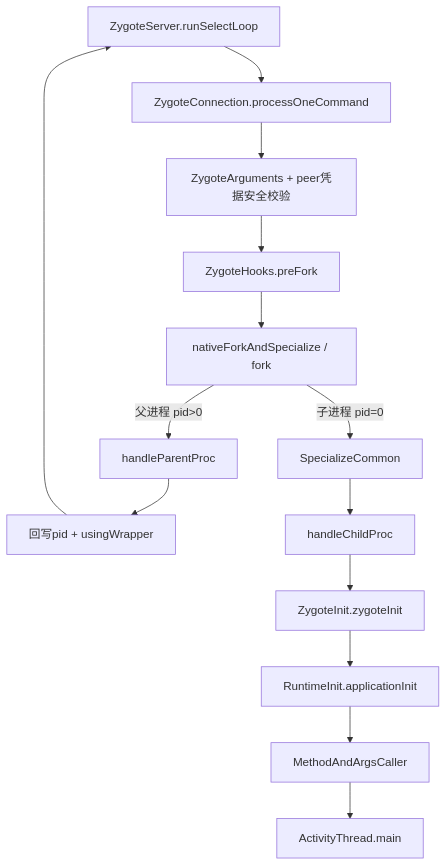
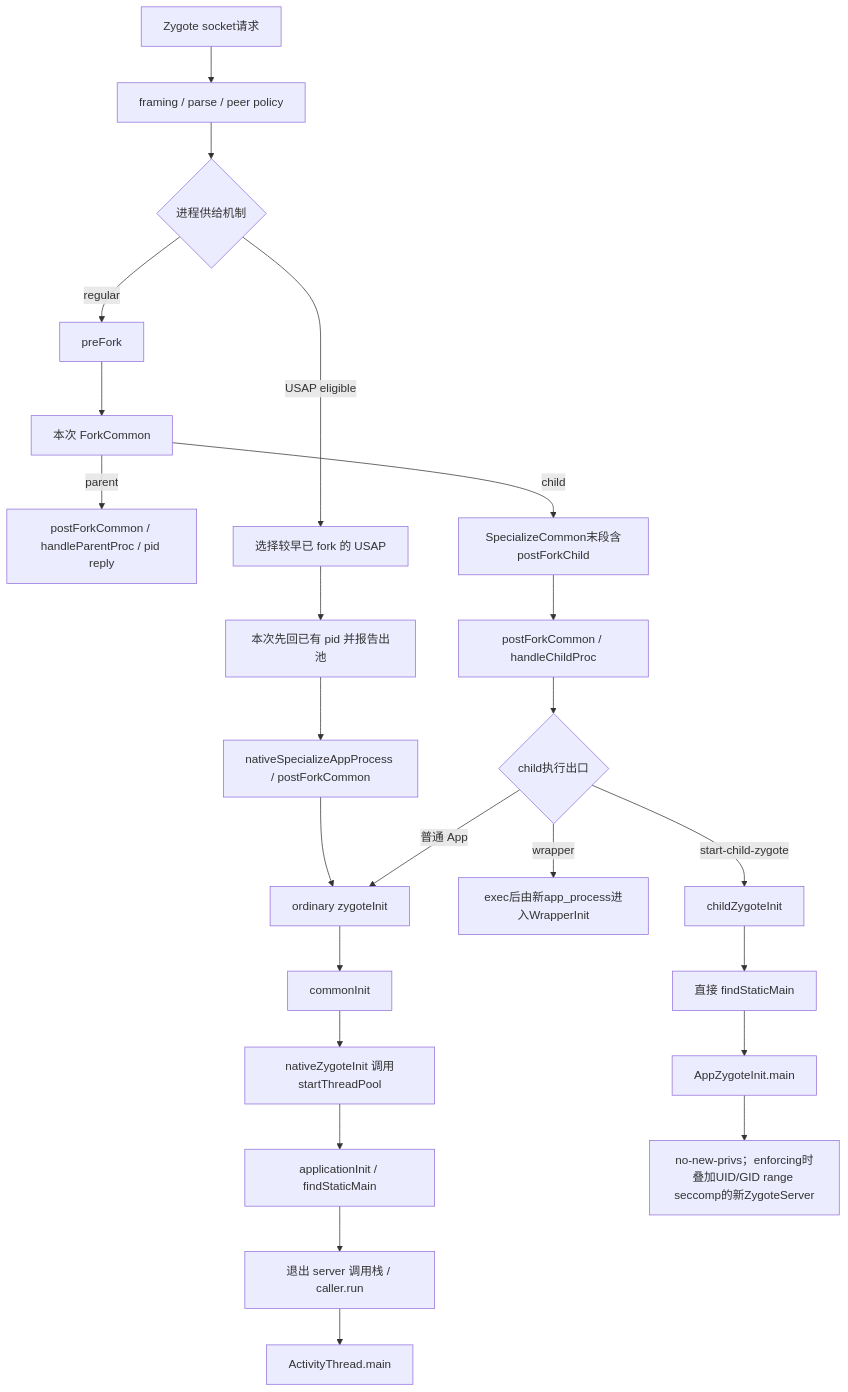
One commit to junyingzhao001/StudyNotes changed the diagram in Android源码学习/207-AndroidZygote命令解析forkspecialize与RuntimeInit入口.md. Above: the diagram before and after it, drawn with Mermaid. The commit also changed other lines of this file and 116 other files, not shown here.

````diff
--- a/Android源码学习/207-AndroidZygote命令解析forkspecialize与RuntimeInit入口.md
+++ b/Android源码学习/207-AndroidZygote命令解析forkspecialize与RuntimeInit入口.md
@@ -34,16 +119,26 @@
 ```mermaid
 flowchart TD
-  A["ZygoteServer.runSelectLoop"] --> B["ZygoteConnection.processOneCommand"]
-  B --> C["ZygoteArguments + peer凭据安全校验"]
-  C --> D["ZygoteHooks.preFork"]
-  D --> E["nativeForkAndSpecialize / fork"]
-  E -->|"父进程 pid>0"| F["handleParentProc"]
-  F --> G["回写pid + usingWrapper"]
-  G --> A
-  E -->|"子进程 pid=0"| H["SpecializeCommon"]
-  H --> I["handleChildProc"]
-  I --> J["ZygoteInit.zygoteInit"]
-  J --> K["RuntimeInit.applicationInit"]
-  K --> L["MethodAndArgsCaller"]
-  L --> M["ActivityThread.main"]
+    A[Zygote socket请求] --> B[framing / parse / peer policy]
+    B --> C{进程供给机制}
+    C -->|regular| D[preFork]
+    D --> E[本次 ForkCommon]
+    E -->|parent| F[postForkCommon / handleParentProc / pid reply]
+    E -->|child| G[SpecializeCommon末段含postForkChild]
+    G --> H[postForkCommon / handleChildProc]
+    C -->|USAP eligible| I[选择较早已 fork 的 USAP]
+    I --> J[本次先回已有 pid 并报告出池]
+    J --> K[nativeSpecializeAppProcess / postForkCommon]
+    K --> L[ordinary zygoteInit]
+    H --> X{child执行出口}
+    X -->|普通 App| L
+    X -->|wrapper| W[exec后由新app_process进入WrapperInit]
+    L --> M[commonInit]
+    M --> N[nativeZygoteInit 调用startThreadPool]
+    N --> O[applicationInit / findStaticMain]
+    O --> P[退出 server 调用栈 / caller.run]
+    P --> Q[ActivityThread.main]
+    X -->|start-child-zygote| R[childZygoteInit]
+    R --> S[直接 findStaticMain]
+    S --> T[AppZygoteInit.main]
+    T --> U[no-new-privs；enforcing时叠加UID/GID range seccomp的新ZygoteServer]
 ```
````
